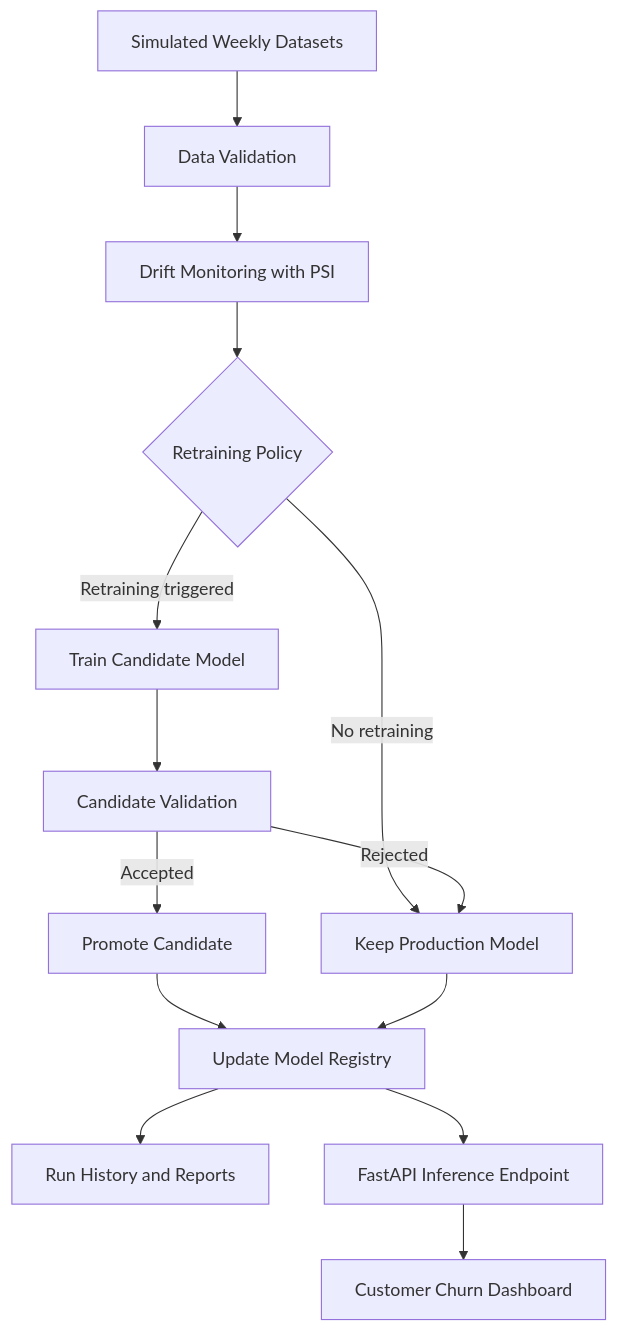
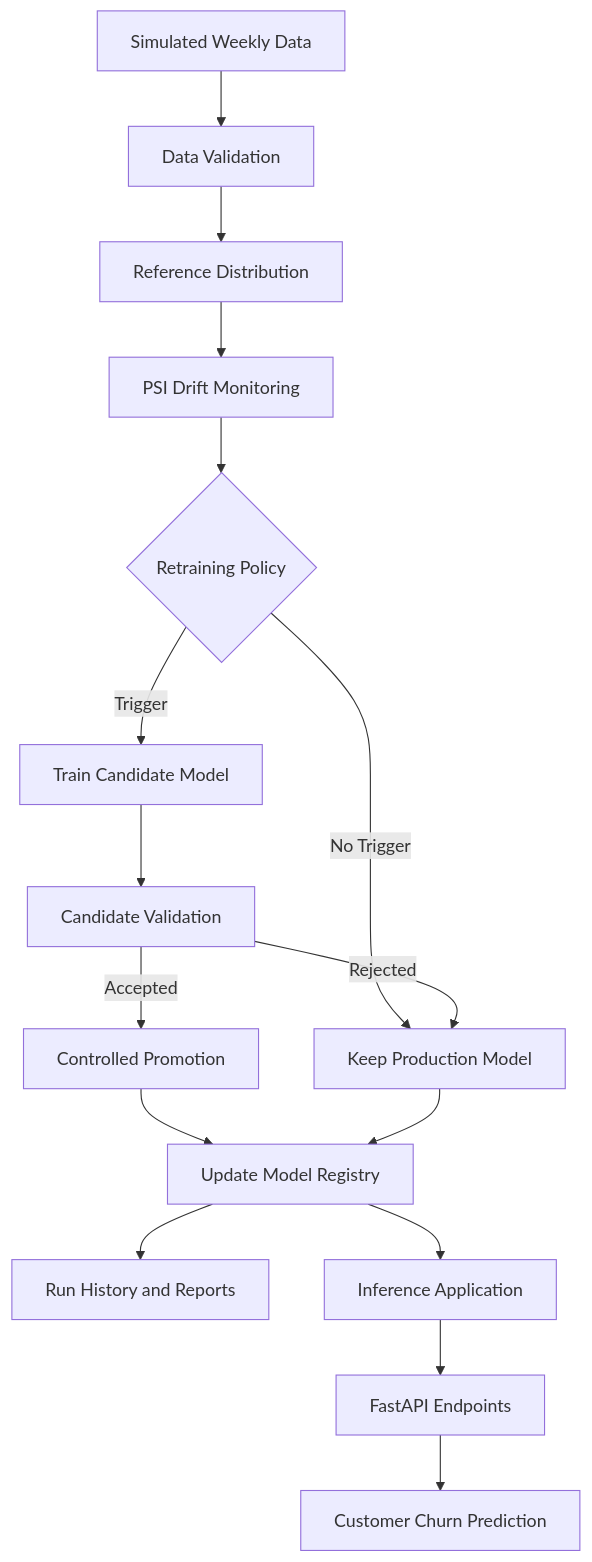
Before and after one commit to manjiriapshinge25/drift-triggered-retraining: the diagram in README.md, drawn with Mermaid. The commit also changed other lines of this file, not shown here.

````diff
--- a/README.md
+++ b/README.md
@@ -89,16 +137,18 @@
 ```mermaid
 flowchart TD
-    A[Simulated Weekly Datasets] --> B[Data Validation]
-    B --> C[Drift Monitoring with PSI]
-    C --> D{Retraining Policy}
-    D -->|No retraining| E[Keep Production Model]
-    D -->|Retraining triggered| F[Train Candidate Model]
-    F --> G[Candidate Validation]
-    G -->|Accepted| H[Promote Candidate]
-    G -->|Rejected| E
-    H --> I[Update Model Registry]
-    E --> I
-    I --> J[Run History and Reports]
-    I --> K[FastAPI Inference Endpoint]
-    K --> L[Customer Churn Dashboard]
+    A[Simulated Weekly Data] --> B[Data Validation]
+    B --> C[Reference Distribution]
+    C --> D[PSI Drift Monitoring]
+    D --> E{Retraining Policy}
+    E -->|No Trigger| F[Keep Production Model]
+    E -->|Trigger| G[Train Candidate Model]
+    G --> H[Candidate Validation]
+    H -->|Accepted| I[Controlled Promotion]
+    H -->|Rejected| F
+    I --> J[Update Model Registry]
+    F --> J
+    J --> K[Run History and Reports]
+    J --> L[Inference Application]
+    L --> M[FastAPI Endpoints]
+    M --> N[Customer Churn Prediction]
 ```
````
